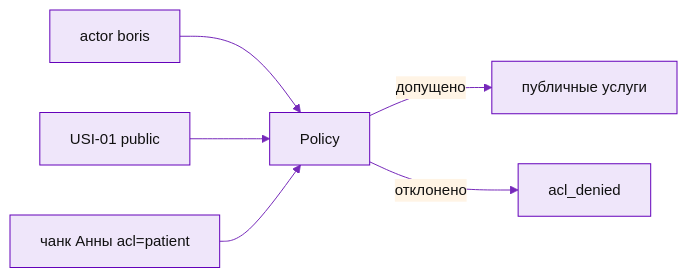
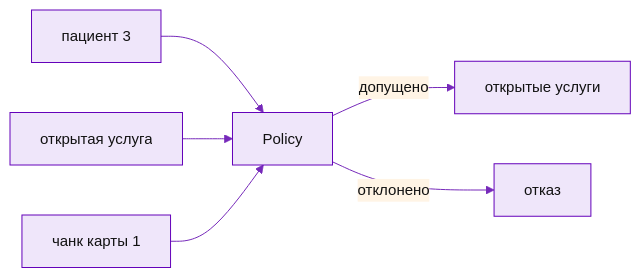
The diagram in final-project/slides/policy-boris.mmd (divisee/otus-ai-architect), drawn with Mermaid before and after one commit. The commit also changed 13 other files, not shown here.

```diff
--- a/final-project/slides/policy-boris.mmd
+++ b/final-project/slides/policy-boris.mmd
@@ -1,8 +1,8 @@
 %%{init: {'theme':'base','themeVariables':{'primaryColor':'#efe6fa','primaryTextColor':'#111111','primaryBorderColor':'#6402ba','lineColor':'#7629ba','secondaryColor':'#fff4e5','tertiaryColor':'#f4f4ff','fontFamily':'Roboto, Arial, sans-serif','fontSize':'15px','actorBkg':'#efe6fa','actorBorder':'#6402ba','actorTextColor':'#111111','signalColor':'#6402ba','signalTextColor':'#111111','noteBkgColor':'#fff4e5','noteBorderColor':'#ffab40'}}}%%
 
 flowchart LR
-    Boris[actor boris] --> Pol[Policy]
-    Pub[USI-01 public] --> Pol
-    Hidden[чанк Анны acl=patient] --> Pol
-    Pol -->|допущено| Out[публичные услуги]
-    Pol -->|отклонено| Deny[acl_denied]
+    P3[пациент 3] --> Pol[Policy]
+    Pub[открытая услуга] --> Pol
+    Hidden[чанк карты 1] --> Pol
+    Pol -->|допущено| Out[открытые услуги]
+    Pol -->|отклонено| Deny[отказ]
```
